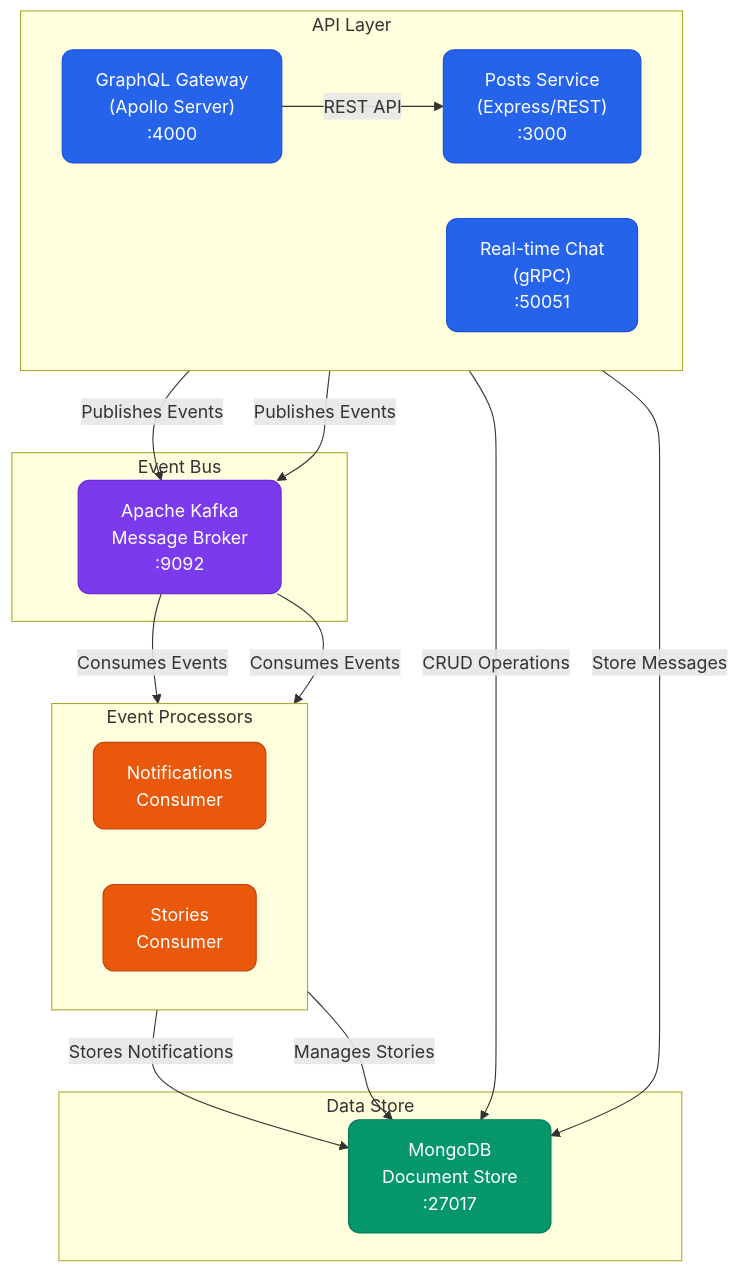
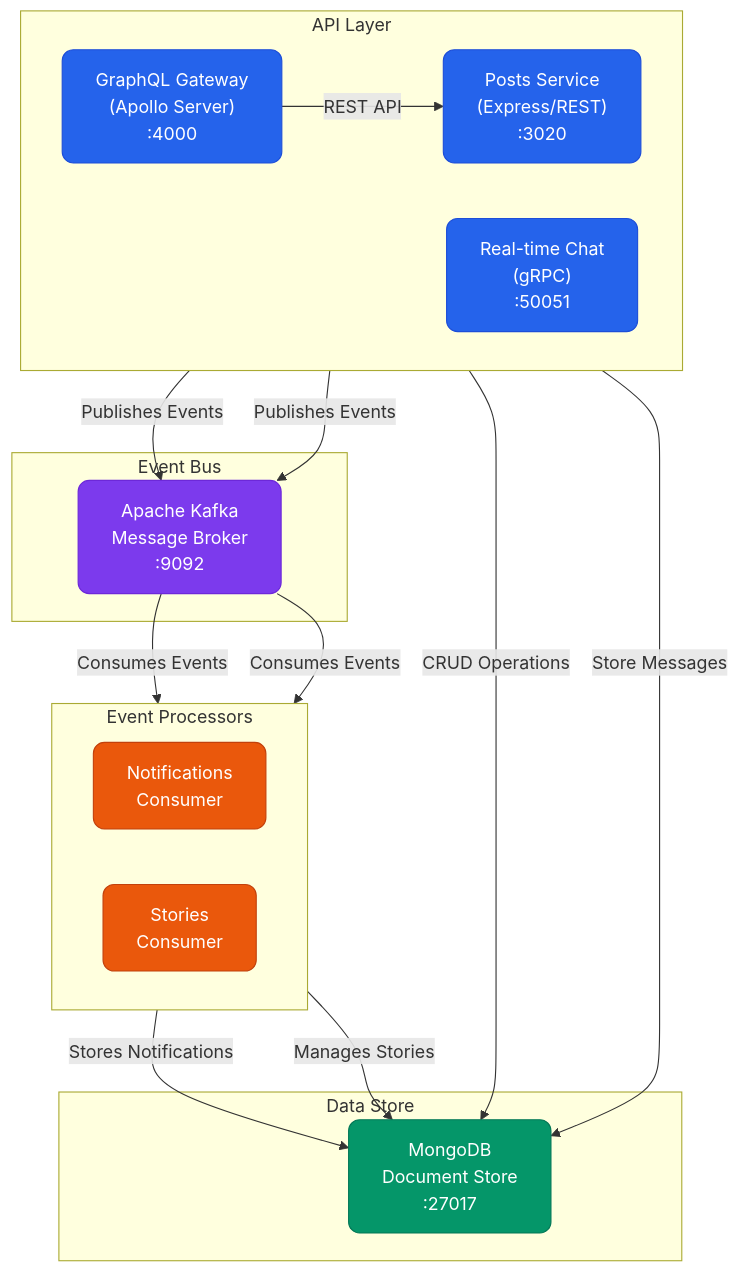
Before and after one commit to amalbenalii/projet-micro: the first of 2 diagrams in README.md, drawn with Mermaid. The commit also changed other lines of this file, not shown here.

````diff
--- a/README.md
+++ b/README.md
@@ -48,52 +48,52 @@
 ```mermaid
 graph TB
     %% Styles
     classDef service fill:#2563eb,stroke:#1d4ed8,color:white,rx:10,ry:10;
     classDef database fill:#059669,stroke:#047857,color:white,rx:10,ry:10;
     classDef broker fill:#7c3aed,stroke:#6d28d9,color:white,rx:10,ry:10;
     classDef consumer fill:#ea580c,stroke:#c2410c,color:white,rx:10,ry:10;
 
     %% Core Services
     subgraph "API Layer"
         direction LR
-        Posts["Posts Service<br/>(Express/REST)<br/>:3000"];
+        Posts["Posts Service<br/>(Express/REST)<br/>:3020"];
         GraphQL["GraphQL Gateway<br/>(Apollo Server)<br/>:4000"];
         Chat["Real-time Chat<br/>(gRPC)<br/>:50051"];
     end
 
     %% Message Broker
     subgraph "Event Bus"
         Kafka["Apache Kafka<br/>Message Broker<br/>:9092"];
     end
 
     %% Event Consumers
     subgraph "Event Processors"
         direction LR
         Notifications["Notifications<br/>Consumer"];
         Stories["Stories<br/>Consumer"];
     end
 
     %% Persistence Layer
     subgraph "Data Store"
         MongoDB["MongoDB<br/>Document Store<br/>:27017"];
     end
 
     %% Relations
     GraphQL --> |"REST API"| Posts;
     Posts --> |"Publishes Events"| Kafka;
     Chat --> |"Publishes Events"| Kafka;
     
     Kafka --> |"Consumes Events"| Notifications;
     Kafka --> |"Consumes Events"| Stories;
     
     Posts --> |"CRUD Operations"| MongoDB;
     Chat --> |"Store Messages"| MongoDB;
     Notifications --> |"Stores Notifications"| MongoDB;
     Stories --> |"Manages Stories"| MongoDB;
 
     %% Apply styles
     class Posts,GraphQL,Chat service;
     class MongoDB database;
     class Kafka broker;
     class Notifications,Stories consumer;
 ```
````
